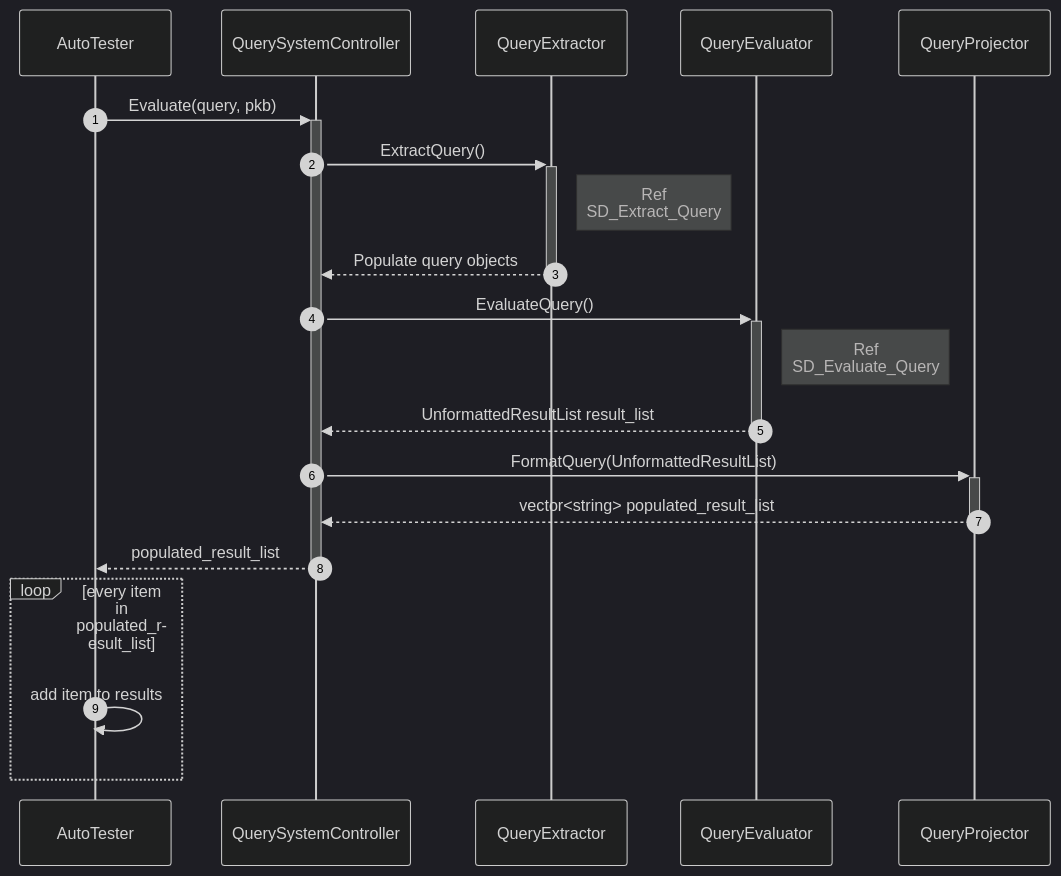
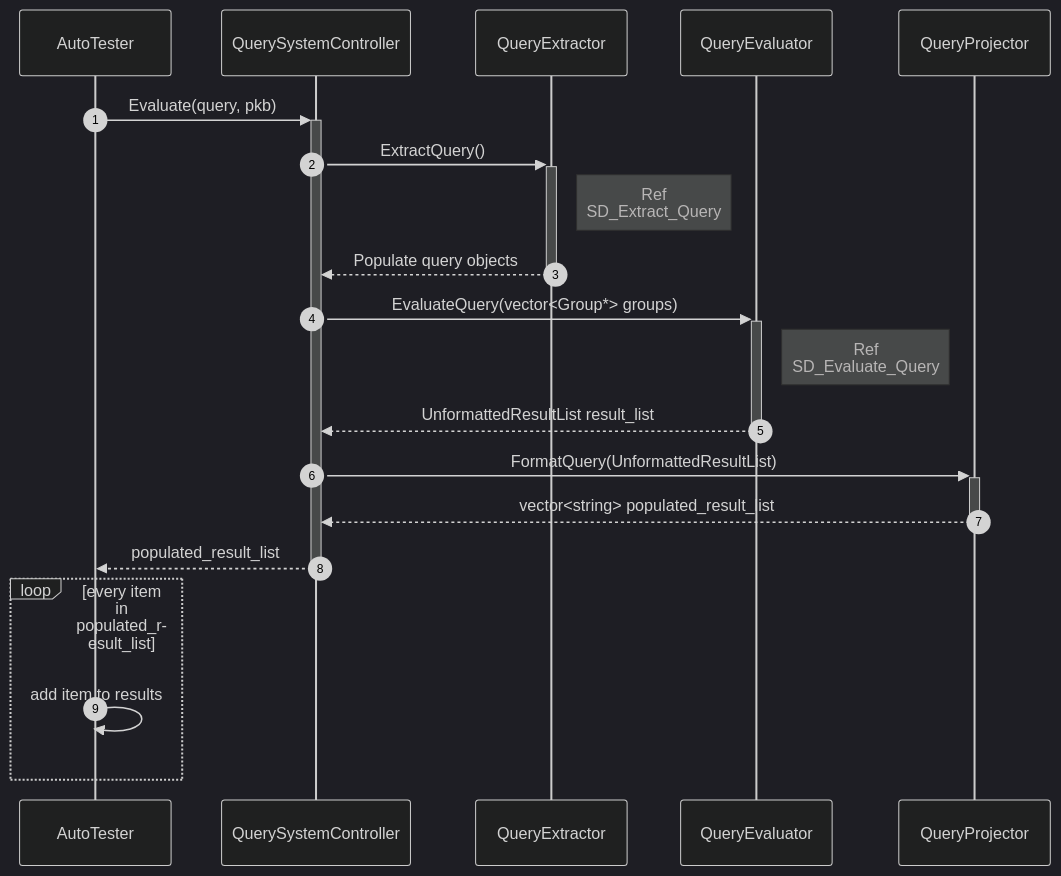
One commit to rtshkmr/CS3203-StaticProgramAnalyzer changed the diagram in docs/sd/queries_overview.mmd. Above: the diagram before and after it, drawn with Mermaid (dark theme).

Commit message:
Update argument for EvaluateQuery in queries_overview sd

```diff
--- a/docs/sd/queries_overview.mmd
+++ b/docs/sd/queries_overview.mmd
@@ -1,22 +1,22 @@
 sequenceDiagram
     autonumber
     participant AutoTester
     participant QuerySystemController
     participant QueryExtractor
     participant QueryEvaluator
     participant QueryProjector
 
     %% This sd is for per query (PQL statement) basis.
     AutoTester ->>+ QuerySystemController: Evaluate(query, pkb)
     QuerySystemController ->>+ QueryExtractor: ExtractQuery()
     Note right of QueryExtractor: Ref <br/> SD_Extract_Query
     QueryExtractor-->>-QuerySystemController: Populate query objects
-    QuerySystemController->>+QueryEvaluator: EvaluateQuery()
+    QuerySystemController->>+QueryEvaluator: EvaluateQuery(vector<Group*> groups)
     Note right of QueryEvaluator: Ref <br/> SD_Evaluate_Query
     QueryEvaluator-->>-QuerySystemController: UnformattedResultList result_list
     QuerySystemController->>+QueryProjector: FormatQuery(UnformattedResultList)
     QueryProjector-->>-QuerySystemController: vector<string> populated_result_list
     QuerySystemController-->>-AutoTester: populated_result_list
     loop every item in populated_result_list
         AutoTester->>AutoTester: add item to results
     end
```
